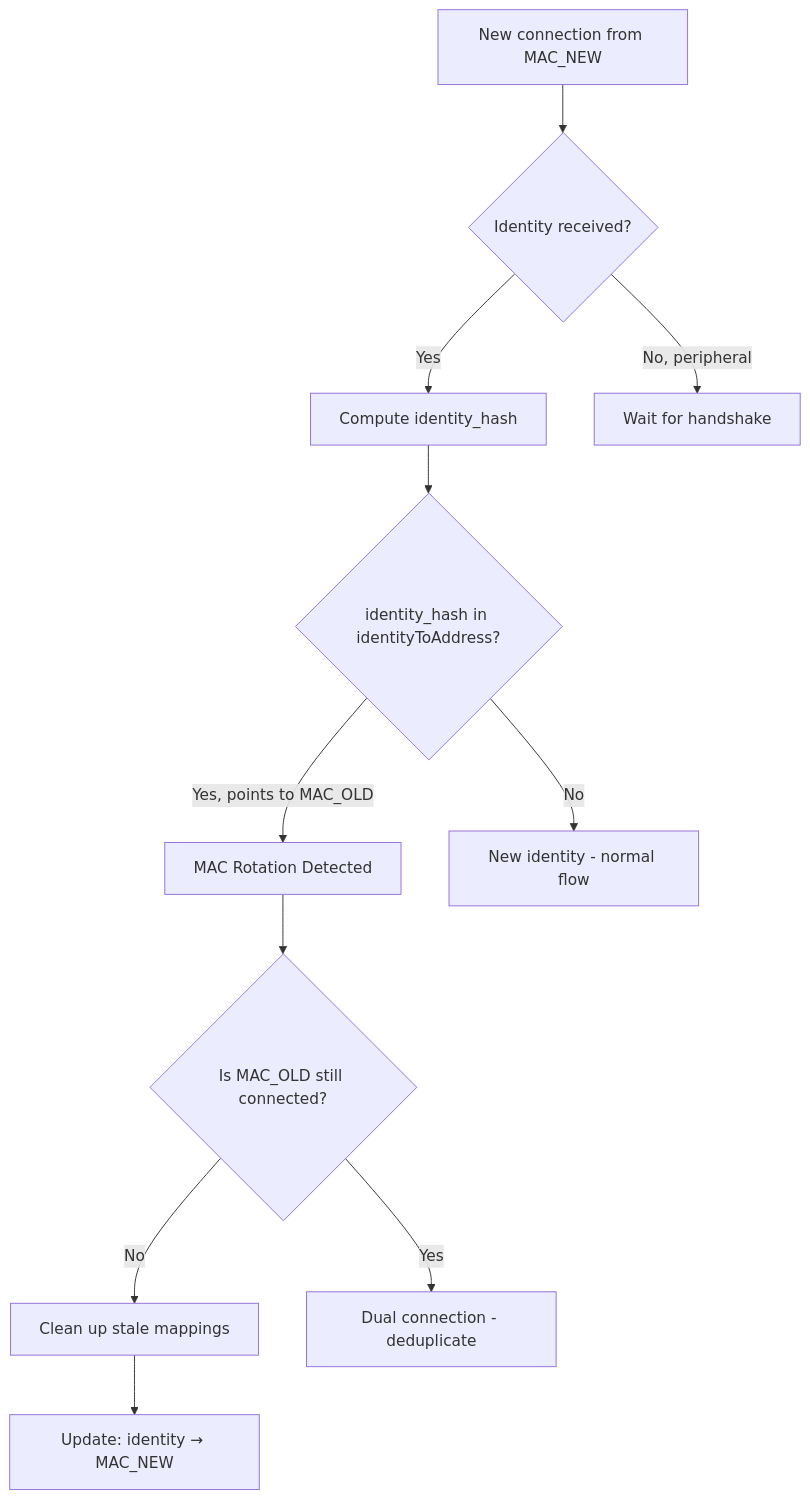
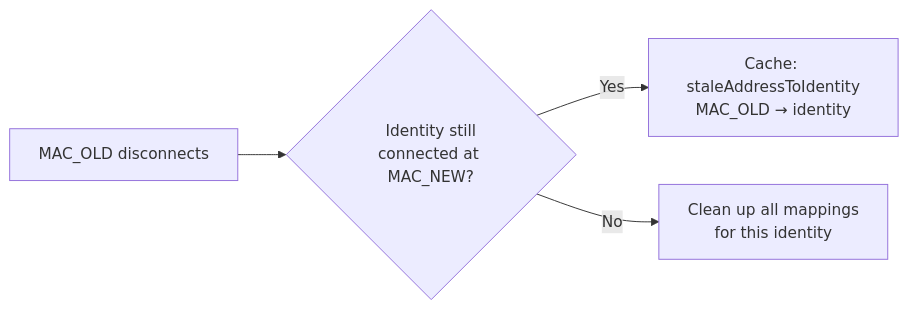
The eighth of 15 diagrams in docs/ble-architecture.md (derpyspike/columba), drawn with Mermaid before and after one commit. The commit also changed other lines of this file and 4 other files, not shown here.

````diff
--- a/docs/ble-architecture.md
+++ b/docs/ble-architecture.md
@@ -270,13 +295,6 @@
 ```mermaid
-flowchart TD
-    A[New connection from MAC_NEW] --> B{Identity received?}
-    B -->|Yes| C[Compute identity_hash]
-    C --> D{identity_hash in identityToAddress?}
-    D -->|Yes, points to MAC_OLD| E[MAC Rotation Detected]
-    E --> F{Is MAC_OLD still connected?}
-    F -->|No| G[Clean up stale mappings]
-    G --> H[Update: identity → MAC_NEW]
-    F -->|Yes| I[Dual connection - deduplicate]
-    D -->|No| J[New identity - normal flow]
-    B -->|No, peripheral| K[Wait for handshake]
+flowchart LR
+    A[MAC_OLD disconnects] --> B{Identity still<br/>connected at MAC_NEW?}
+    B -->|Yes| C[Cache: staleAddressToIdentity<br/>MAC_OLD → identity]
+    B -->|No| D[Clean up all mappings<br/>for this identity]
 ```
````
